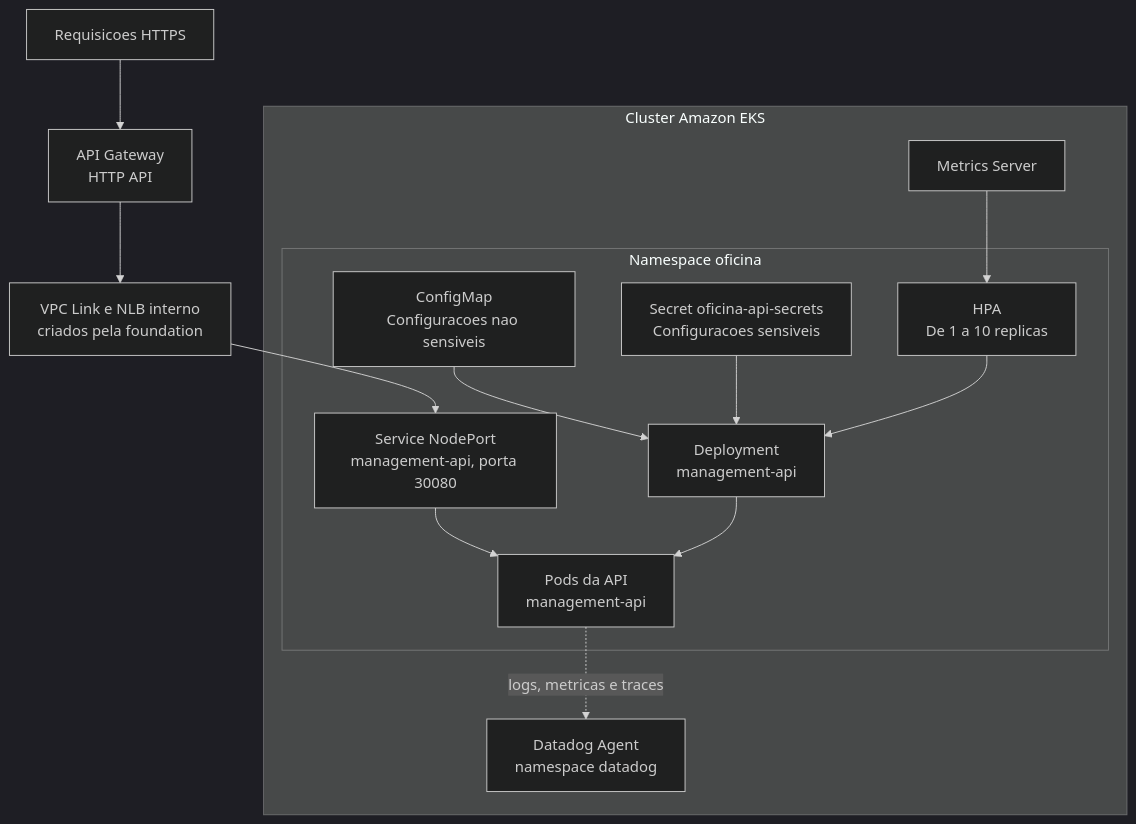
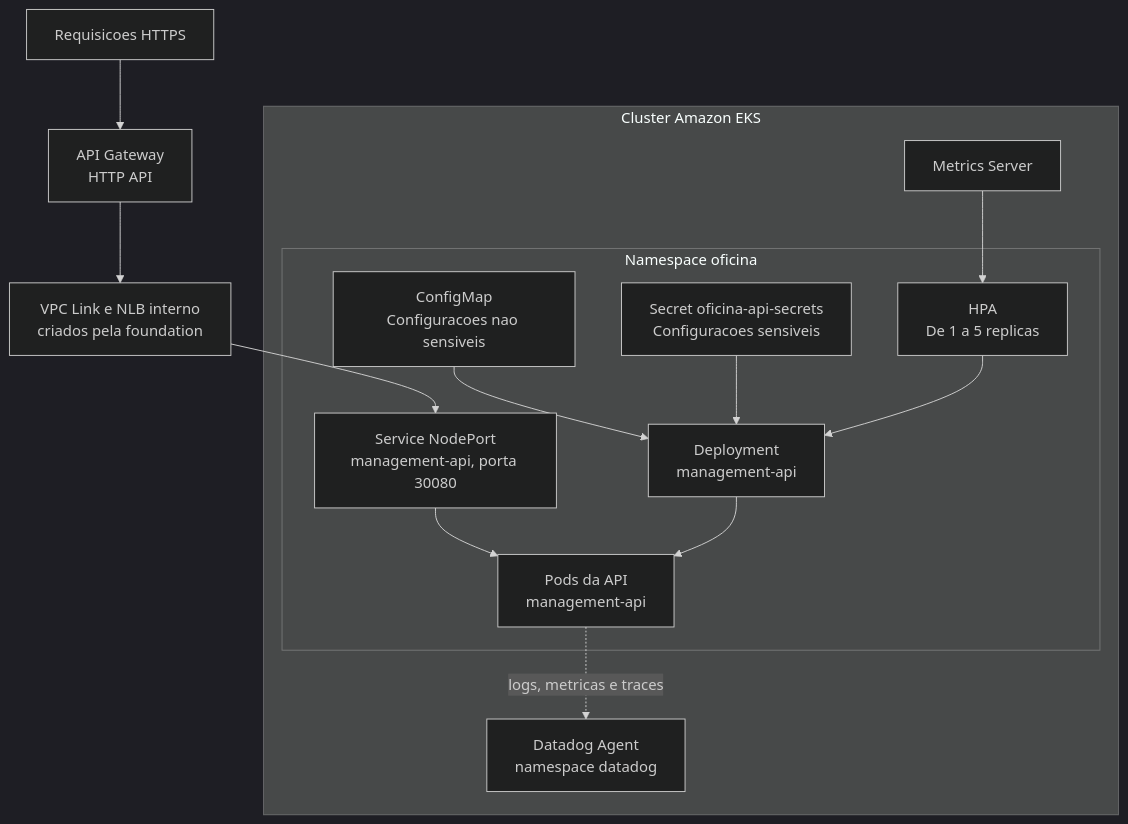
Before and after one commit to GuiToniello/tech-challenge-fase-4-MANAGEMENT-soat16-rm374658: the diagram in kubernetes/k8s/README.md, drawn with Mermaid (dark theme). The commit also changed other lines of this file and 208 other files, not shown here.

````diff
--- a/kubernetes/k8s/README.md
+++ b/kubernetes/k8s/README.md
@@ -31,21 +33,21 @@
 ```mermaid
 flowchart TD
   Request[Requisicoes HTTPS] --> Gateway[API Gateway\nHTTP API]
   Gateway --> NLB[VPC Link e NLB interno\ncriados pela foundation]
 
   subgraph EKS[Cluster Amazon EKS]
     subgraph Oficina[Namespace oficina]
       Service[Service NodePort\nmanagement-api, porta 30080] --> Pods[Pods da API\nmanagement-api]
       Deployment[Deployment\nmanagement-api] --> Pods
 
       ConfigMap[ConfigMap\nConfiguracoes nao sensiveis] --> Deployment
       Secret[Secret oficina-api-secrets\nConfiguracoes sensiveis] --> Deployment
-      HPA[HPA\nDe 1 a 10 replicas] --> Deployment
+      HPA[HPA\nDe 1 a 5 replicas] --> Deployment
     end
 
     Metrics[Metrics Server] --> HPA
     Pods -.->|logs, metricas e traces| Agent[Datadog Agent\nnamespace datadog]
   end
 
   NLB --> Service
 ```
````
